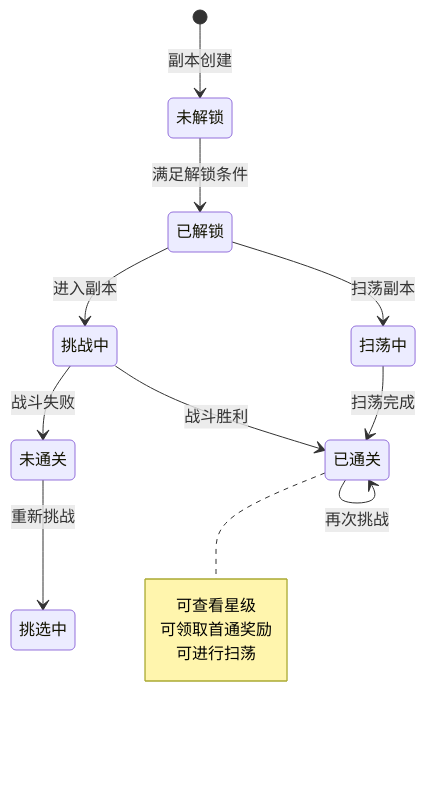
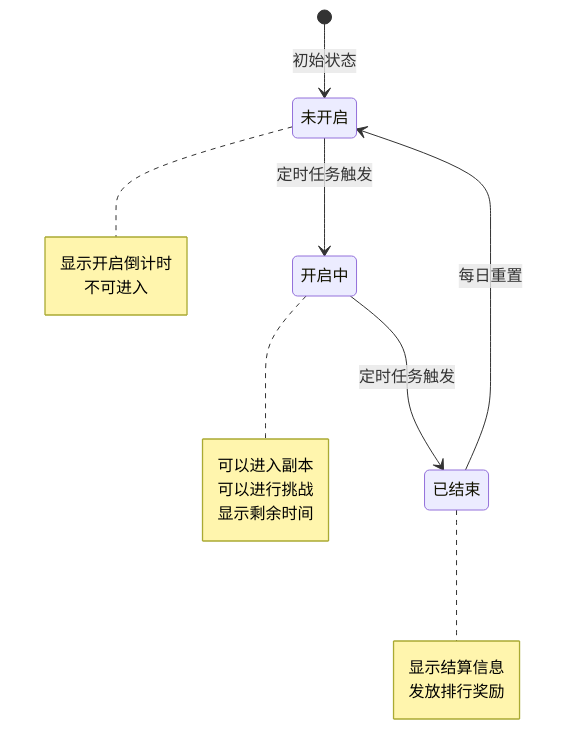
Before and after one commit to Alan-Ben/k2c_game_framework: the first of 4 diagrams in docs/Module_Dungeon/06_实现细节.md, drawn with Mermaid. The commit also changed other lines of this file and 75 other files, not shown here.

````diff
--- a/docs/Module_Dungeon/06_实现细节.md
+++ b/docs/Module_Dungeon/06_实现细节.md
@@ -59,18 +102,23 @@
 ```mermaid
 stateDiagram-v2
-    [*] --> 未解锁: 副本创建
-    未解锁 --> 已解锁: 满足解锁条件
-    已解锁 --> 挑战中: 进入副本
-    挑战中 --> 已通关: 战斗胜利
-    挑战中 --> 未通关: 战斗失败
-    已通关 --> 已通关: 再次挑战
-    未通关 --> 挑选中: 重新挑战
-    已解锁 --> 扫荡中: 扫荡副本
-    扫荡中 --> 已通关: 扫荡完成
-
-    note right of 已通关
-        可查看星级
-        可领取首通奖励
-        可进行扫荡
+    [*] --> 未开启: 初始状态
+    未开启 --> 开启中: 定时任务触发
+    开启中 --> 已结束: 定时任务触发
+    已结束 --> 未开启: 每日重置
+    
+    note right of 未开启
+        显示开启倒计时
+        不可进入
+    end note
+    
+    note right of 开启中
+        可以进入副本
+        可以进行挑战
+        显示剩余时间
+    end note
+    
+    note right of 已结束
+        显示结算信息
+        发放排行奖励
     end note
 ```
````
